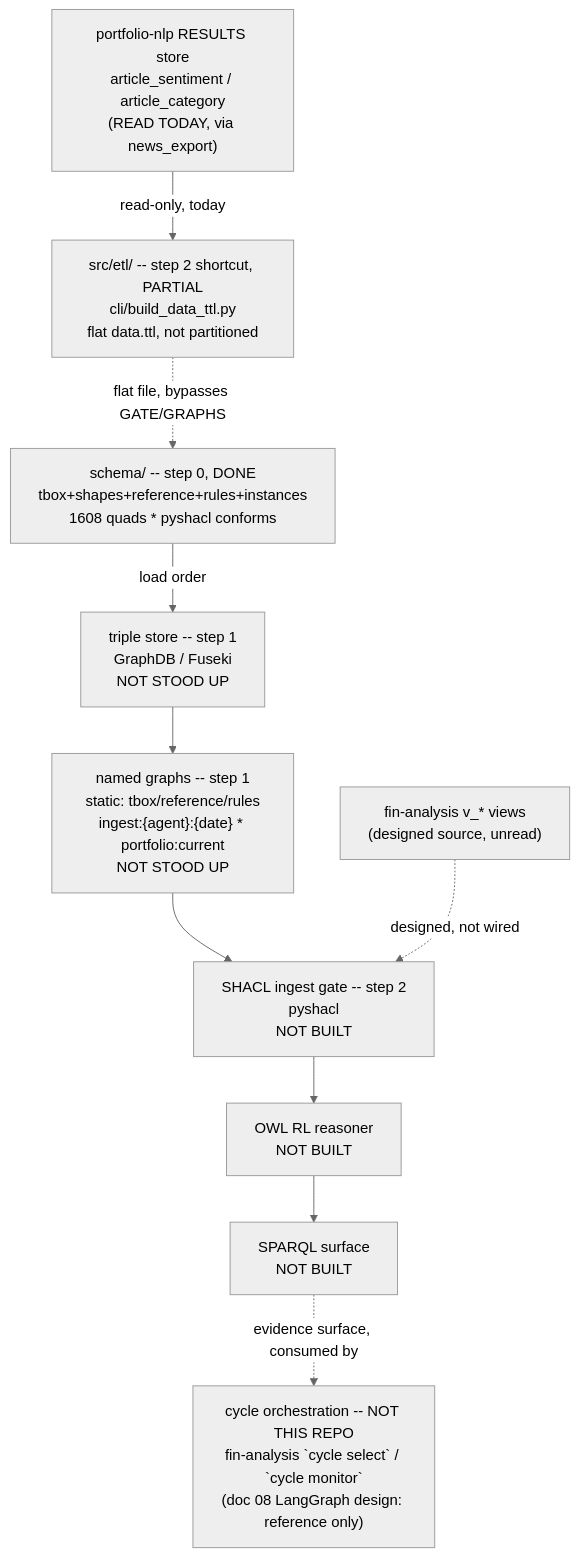
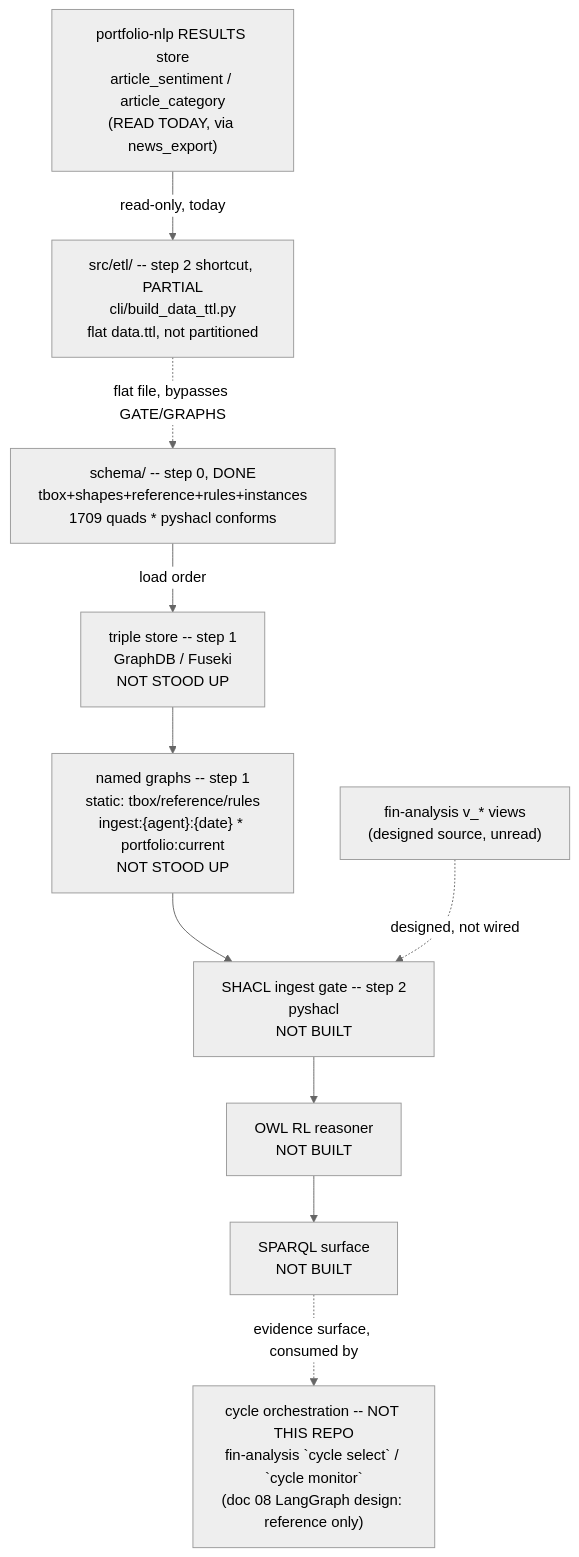
The diagram in .specify/memory/SPEC.md (gamug/portfolio-knowledge-graph), drawn with Mermaid (neutral theme) before and after one commit. The commit also changed other lines of this file and 8 other files, not shown here.

First line of the commit message:
feat(schema): adopt upstream's six-rule veto catalog, close the seven tree rules (T-103)

````diff
--- a/.specify/memory/SPEC.md
+++ b/.specify/memory/SPEC.md
@@ -297,20 +298,20 @@
 ```mermaid
 flowchart TB
-    SCHEMA["schema/ -- step 0, DONE<br/>tbox+shapes+reference+rules+instances<br/>1608 quads * pyshacl conforms"]
+    SCHEMA["schema/ -- step 0, DONE<br/>tbox+shapes+reference+rules+instances<br/>1709 quads * pyshacl conforms"]
     STORE["triple store -- step 1<br/>GraphDB / Fuseki<br/>NOT STOOD UP"]
     GRAPHS["named graphs -- step 1<br/>static: tbox/reference/rules<br/>ingest:{agent}:{date} * portfolio:current<br/>NOT STOOD UP"]
     GATE["SHACL ingest gate -- step 2<br/>pyshacl<br/>NOT BUILT"]
     FIN["fin-analysis v_* views<br/>(designed source, unread)"]
     NLPRES["portfolio-nlp RESULTS store<br/>article_sentiment / article_category<br/>(READ TODAY, via news_export)"]
     ETL["src/etl/ -- step 2 shortcut, PARTIAL<br/>cli/build_data_ttl.py<br/>flat data.ttl, not partitioned"]
     REASON["OWL RL reasoner<br/>NOT BUILT"]
     SPARQL["SPARQL surface<br/>NOT BUILT"]
     AGENTS["cycle orchestration -- NOT THIS REPO<br/>fin-analysis `cycle select` / `cycle monitor`<br/>(doc 08 LangGraph design: reference only)"]
 
     SCHEMA -->|load order| STORE --> GRAPHS --> GATE
     FIN -.->|designed, not wired| GATE
     NLPRES -->|read-only, today| ETL
     ETL -.->|flat file, bypasses GATE/GRAPHS| SCHEMA
     GATE --> REASON --> SPARQL
     SPARQL -.->|evidence surface, consumed by| AGENTS
 ```
````
